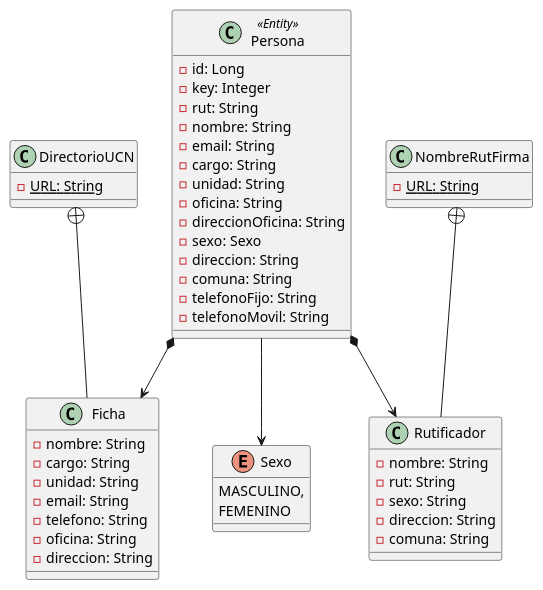
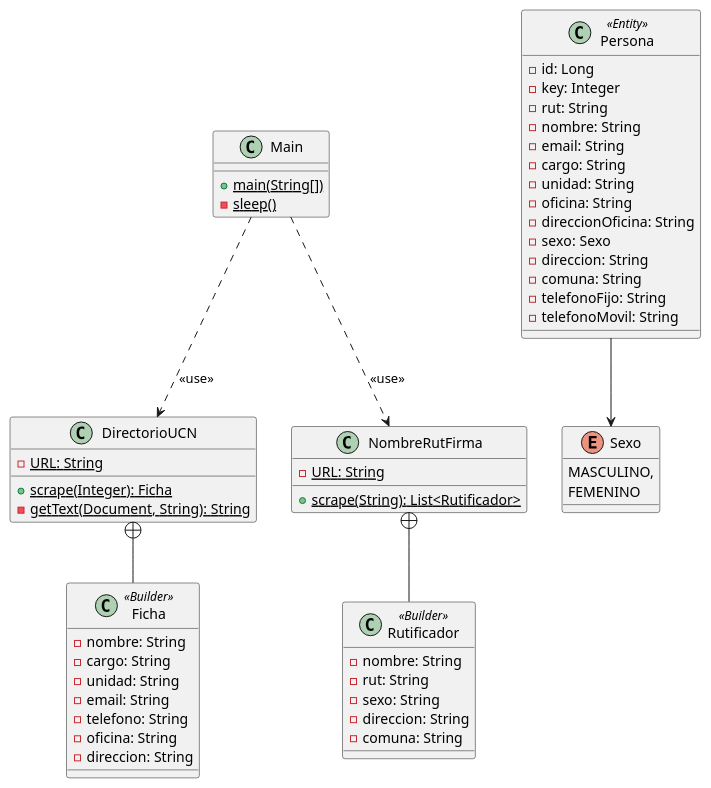
The diagram in scraper/README.md (godiecl/parking), drawn with PlantUML before and after one commit.

Commit message:
docs(Markdown): update the model.

```diff
--- a/scraper/README.md
+++ b/scraper/README.md
@@ -19,58 +19,67 @@
 @startuml
+
+class Main {
+    {static} + main(String[])
+    {static} - sleep()
+}
 
 class DirectorioUCN {
     {static} - URL: String
+    {static} + scrape(Integer): Ficha
+    {static} - getText(Document, String): String
 }
 
-class Ficha {
+class Ficha <<Builder>> {
     - nombre: String
     - cargo: String
     - unidad: String
     - email: String
     - telefono: String
     - oficina: String
     - direccion: String
 }
 
 class NombreRutFirma {
     {static} - URL: String
+    {static} + scrape(String): List<Rutificador>
 }
 
-class Rutificador {
+class Rutificador <<Builder>> {
     - nombre: String
     - rut: String
     - sexo: String
     - direccion: String
     - comuna: String
 }
 
 class Persona <<Entity>> {
     - id: Long
     - key: Integer
     - rut: String
     - nombre: String
     - email: String
     - cargo: String
     - unidad: String
     - oficina: String
     - direccionOficina: String
     - sexo: Sexo
     - direccion: String
     - comuna: String
     - telefonoFijo: String
     - telefonoMovil: String
 }
 
 enum Sexo {
     MASCULINO,
     FEMENINO
 }
 
+Main ..> DirectorioUCN: <<use>>
+Main ..> NombreRutFirma: <<use>>
+
 Persona --> Sexo
-Persona *--> Rutificador
-Persona *--> Ficha
 
 NombreRutFirma +-- Rutificador
 DirectorioUCN +-- Ficha
 
 @enduml
```
